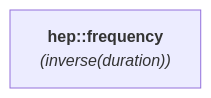
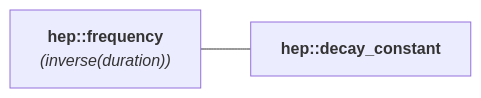
The diagram in docs/reference/systems_reference/hierarchies/frequency_hep.md (RalphSteinhagen/units), drawn with Mermaid before and after one commit. The commit also changed 23 other files, not shown here.

````diff
--- a/docs/reference/systems_reference/hierarchies/frequency_hep.md
+++ b/docs/reference/systems_reference/hierarchies/frequency_hep.md
@@ -8,4 +8,6 @@
 ```mermaid
 flowchart LR
     hep_frequency["<b><a href="../../systems/hep/#frequency" style="color: var(--md-mermaid-label-fg-color); text-decoration: none;">hep::frequency</a></b><br><i>(inverse(<a href="../../systems/hep/#duration" style="color: var(--md-mermaid-label-fg-color); text-decoration: none;">duration</a>))</i>"]
+    hep_decay_constant["<b><a href="../../systems/hep/#decay_constant" style="color: var(--md-mermaid-label-fg-color); text-decoration: none;">hep::decay_constant</a></b>"]
+    hep_frequency --- hep_decay_constant
 ```
````
